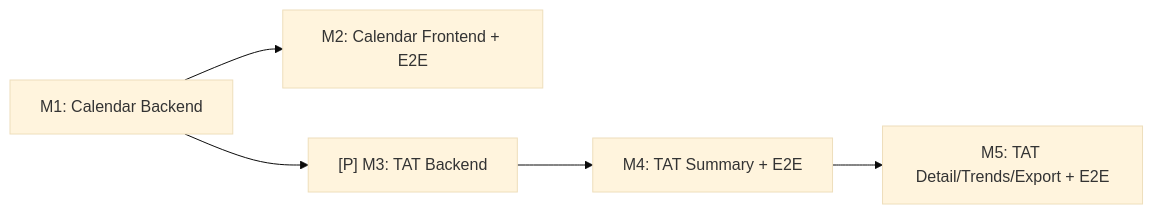
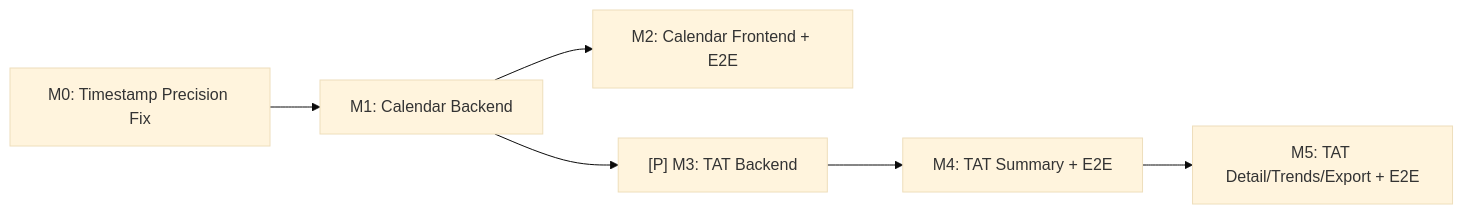
The diagram in specs/310-turnaround-time/plan.md (DIGI-UW/OpenELIS-Global-2), drawn with Mermaid (base theme) before and after one commit. The commit also changed other lines of this file and 5 other files, not shown here.

First line of the commit message:
docs(spec): OGC-310 add M0 timestamp precision prerequisite, revalidate all artifacts

````diff
--- a/specs/310-turnaround-time/plan.md
+++ b/specs/310-turnaround-time/plan.md
@@ -82,7 +83,8 @@
 ```mermaid
 graph LR
-    M1[M1: Calendar Backend] --> M2[M2: Calendar Frontend + E2E]
+    M0[M0: Timestamp Precision Fix] --> M1[M1: Calendar Backend]
+    M1 --> M2[M2: Calendar Frontend + E2E]
     M1 --> M3["[P] M3: TAT Backend"]
     M3 --> M4[M4: TAT Summary + E2E]
     M4 --> M5[M5: TAT Detail/Trends/Export + E2E]
 ```
````
